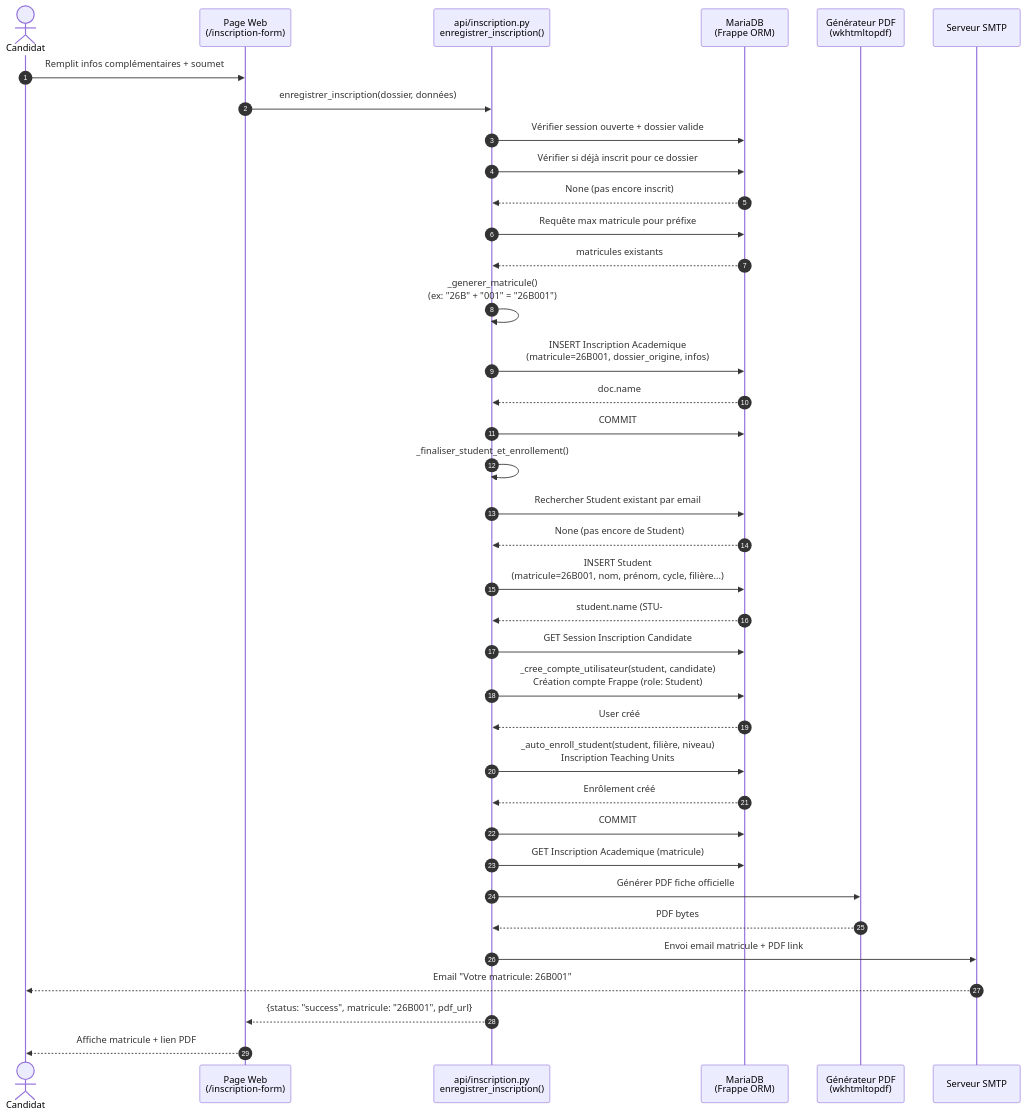
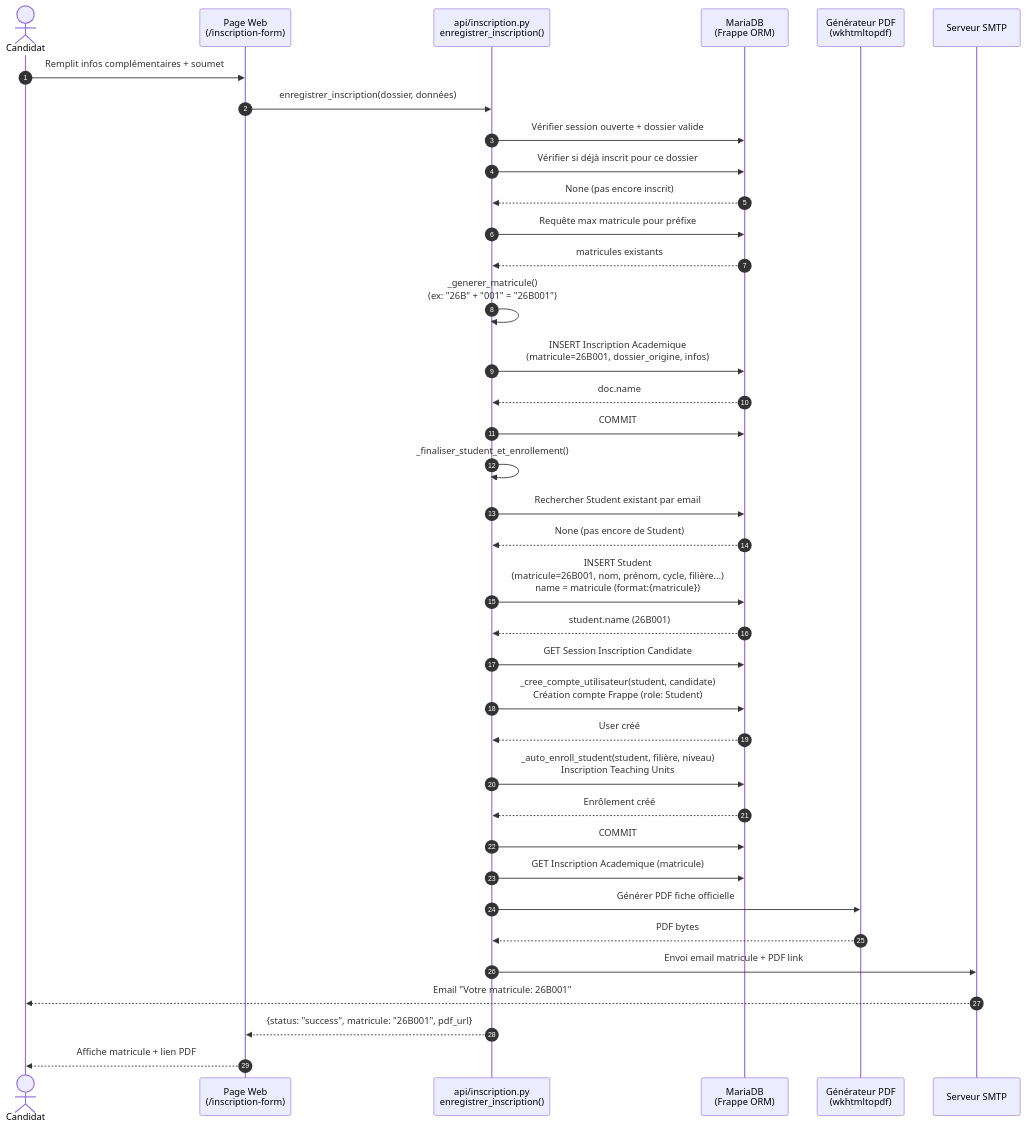
One commit to Ndewa360/udshed changed the third of 5 diagrams in docs/diagramme_sequence_inscription.md. Above: the diagram before and after it, drawn with Mermaid. The commit also changed 29 other files, not shown here.

````diff
--- a/docs/diagramme_sequence_inscription.md
+++ b/docs/diagramme_sequence_inscription.md
@@ -52,54 +52,54 @@
 ```mermaid
 sequenceDiagram
     autonumber
     actor Candidat
     participant Web_Insc as Page Web<br/>(/inscription-form)
     participant API_Insc as api/inscription.py<br/>enregistrer_inscription()
     participant DB as MariaDB<br/>(Frappe ORM)
     participant PDF as Générateur PDF<br/>(wkhtmltopdf)
     participant Mail as Serveur SMTP
 
     %% Phase 3 : Enregistrement inscription
     Candidat->>Web_Insc: Remplit infos complémentaires + soumet
     Web_Insc->>API_Insc: enregistrer_inscription(dossier, données)
 
     API_Insc->>DB: Vérifier session ouverte + dossier valide
     API_Insc->>DB: Vérifier si déjà inscrit pour ce dossier
     DB-->>API_Insc: None (pas encore inscrit)
 
     %% Génération matricule
     API_Insc->>DB: Requête max matricule pour préfixe
     DB-->>API_Insc: matricules existants
     API_Insc->>API_Insc: _generer_matricule()<br/>(ex: "26B" + "001" = "26B001")
 
     %% Création Inscription Academique
     API_Insc->>DB: INSERT Inscription Academique<br/>(matricule=26B001, dossier_origine, infos)
     DB-->>API_Insc: doc.name
     API_Insc->>DB: COMMIT
 
     %% Finalisation Student + Enrôlement
     API_Insc->>API_Insc: _finaliser_student_et_enrollement()
     API_Insc->>DB: Rechercher Student existant par email
     DB-->>API_Insc: None (pas encore de Student)
 
-    API_Insc->>DB: INSERT Student<br/>(matricule=26B001, nom, prénom, cycle, filière...)
-    DB-->>API_Insc: student.name (STU-####)
+    API_Insc->>DB: INSERT Student<br/>(matricule=26B001, nom, prénom, cycle, filière...)<br/>name = matricule (format:{matricule})
+    DB-->>API_Insc: student.name (26B001)
 
     API_Insc->>DB: GET Session Inscription Candidate
     API_Insc->>DB: _cree_compte_utilisateur(student, candidate)<br/>Création compte Frappe (role: Student)
     DB-->>API_Insc: User créé
 
     API_Insc->>DB: _auto_enroll_student(student, filière, niveau)<br/>Inscription Teaching Units
     DB-->>API_Insc: Enrôlement créé
     API_Insc->>DB: COMMIT
 
     %% Email matricule
     API_Insc->>DB: GET Inscription Academique (matricule)
     API_Insc->>PDF: Générer PDF fiche officielle
     PDF-->>API_Insc: PDF bytes
     API_Insc->>Mail: Envoi email matricule + PDF link
     Mail-->>Candidat: Email "Votre matricule: 26B001"
 
     API_Insc-->>Web_Insc: {status: "success", matricule: "26B001", pdf_url}
     Web_Insc-->>Candidat: Affiche matricule + lien PDF
 ```
````
